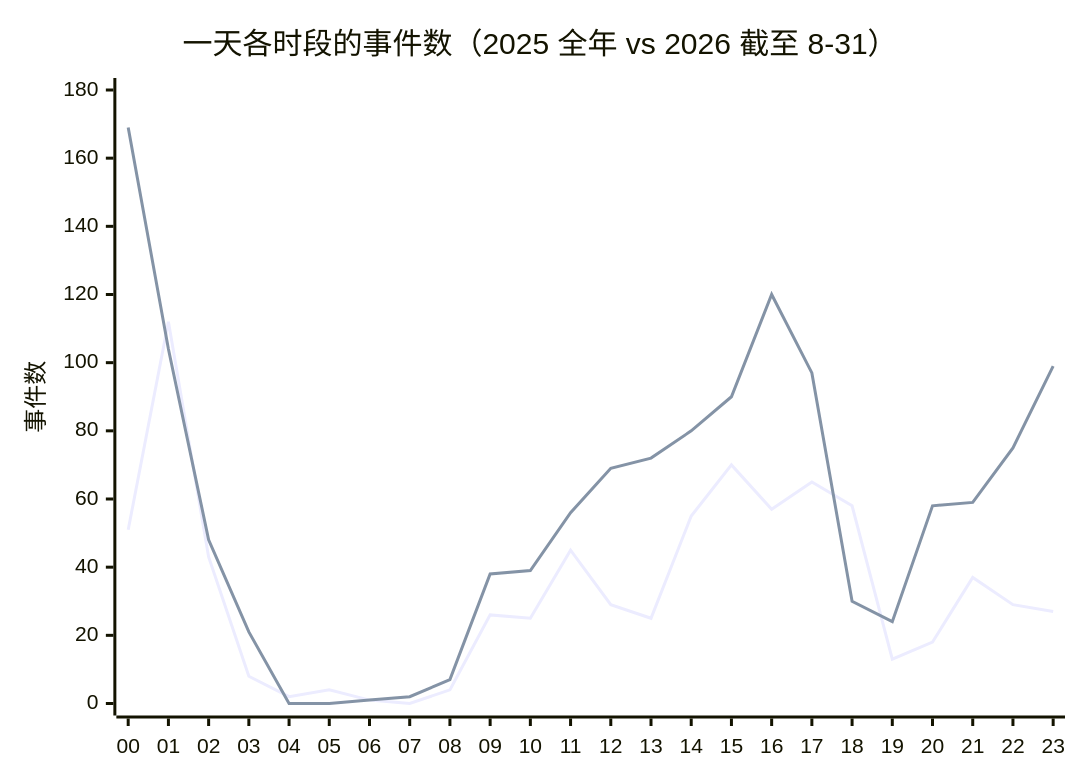
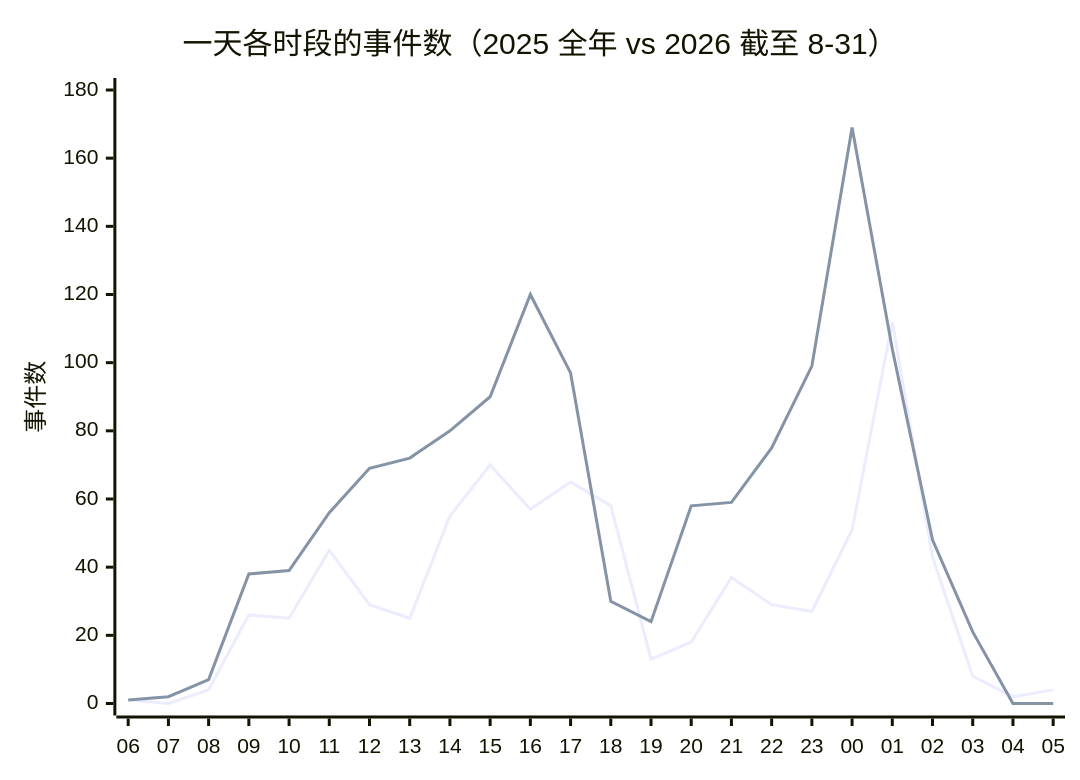
One commit to SilenWang/silen_blog changed the second of 2 diagrams in blog_cn/source/_posts/我给AI排了24小时班-把自己排成了值班表.md. Above: the diagram before and after it, drawn with Mermaid. The commit also changed other lines of this file, not shown here.

````diff
--- a/blog_cn/source/_posts/我给AI排了24小时班-把自己排成了值班表.md
+++ b/blog_cn/source/_posts/我给AI排了24小时班-把自己排成了值班表.md
@@ -53,8 +46,8 @@
 ```mermaid
 xychart-beta
     title "一天各时段的事件数（2025 全年 vs 2026 截至 8-31）"
-    x-axis ["00","01","02","03","04","05","06","07","08","09","10","11","12","13","14","15","16","17","18","19","20","21","22","23"]
+    x-axis ["06","07","08","09","10","11","12","13","14","15","16","17","18","19","20","21","22","23","00","01","02","03","04","05"]
     y-axis "事件数" 0 --> 180
-    line [51,112,43,8,2,4,1,0,4,26,25,45,29,25,55,70,57,65,58,13,18,37,29,27]
-    line [169,104,48,21,0,0,1,2,7,38,39,56,69,72,80,90,120,97,30,24,58,59,75,99]
+    line [1,0,4,26,25,45,29,25,55,70,57,65,58,13,18,37,29,27,51,112,43,8,2,4]
+    line [1,2,7,38,39,56,69,72,80,90,120,97,30,24,58,59,75,99,169,104,48,21,0,0]
 ```
````
